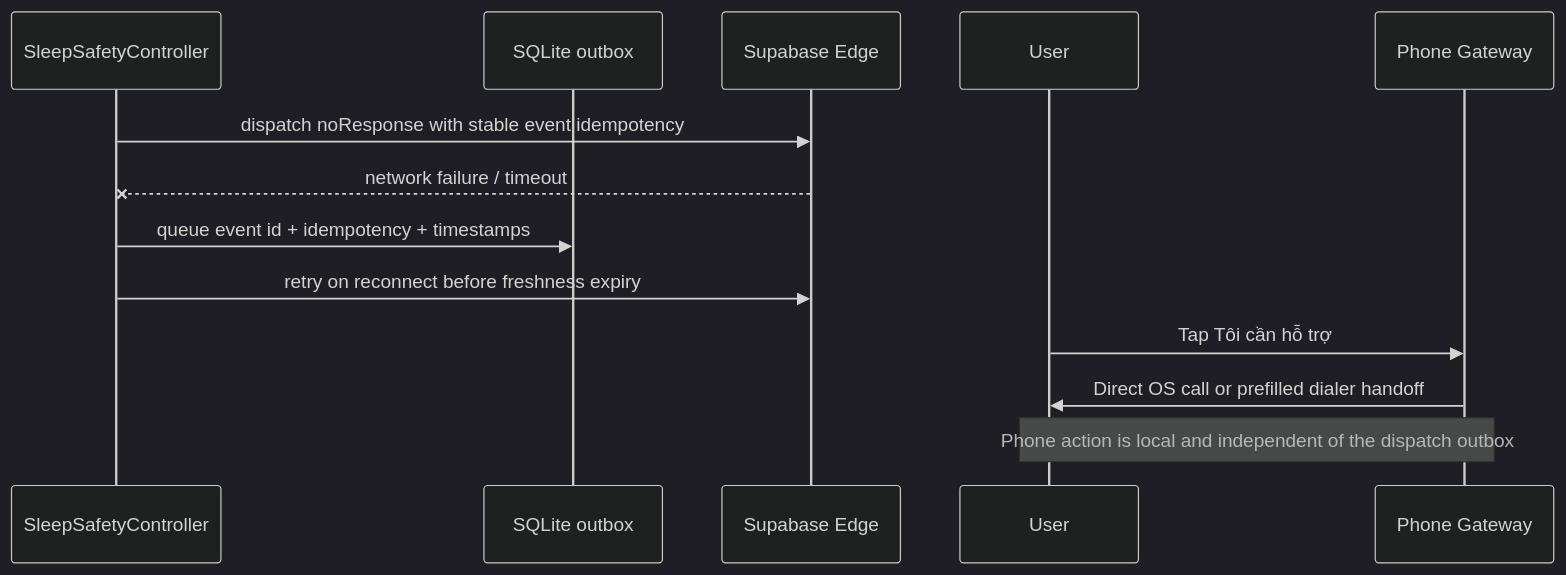
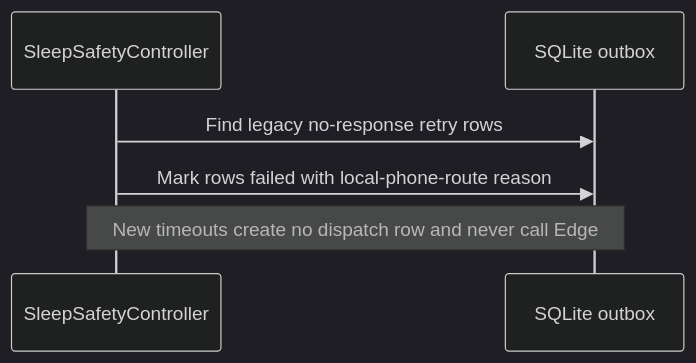
One commit to daovanhung-dev/NanoBioAI changed the second of 3 diagrams in docs/DD/sleep_safety_monitoring/diagrams/README.md. Above: the diagram before and after it, drawn with Mermaid (dark theme). The commit also changed other lines of this file and 24 other files, not shown here.

First line of the commit message:
fix(m31): implement local timeout call for no-response scenario

````diff
--- a/docs/DD/sleep_safety_monitoring/diagrams/README.md
+++ b/docs/DD/sleep_safety_monitoring/diagrams/README.md
@@ -63,16 +70,9 @@
 ```mermaid
 sequenceDiagram
     participant C as SleepSafetyController
     participant DB as SQLite outbox
-    participant S as Supabase Edge
-    participant U as User
-    participant G as Phone Gateway
 
-    C->>S: dispatch noResponse with stable event idempotency
-    S--xC: network failure / timeout
-    C->>DB: queue event id + idempotency + timestamps
-    C->>S: retry on reconnect before freshness expiry
-    U->>G: Tap Tôi cần hỗ trợ
-    G->>U: Direct OS call or prefilled dialer handoff
-    Note over U,G: Phone action is local and independent of the dispatch outbox
+    C->>DB: Find legacy no-response retry rows
+    C->>DB: Mark rows failed with local-phone-route reason
+    Note over C,DB: New timeouts create no dispatch row and never call Edge
 ```
````
